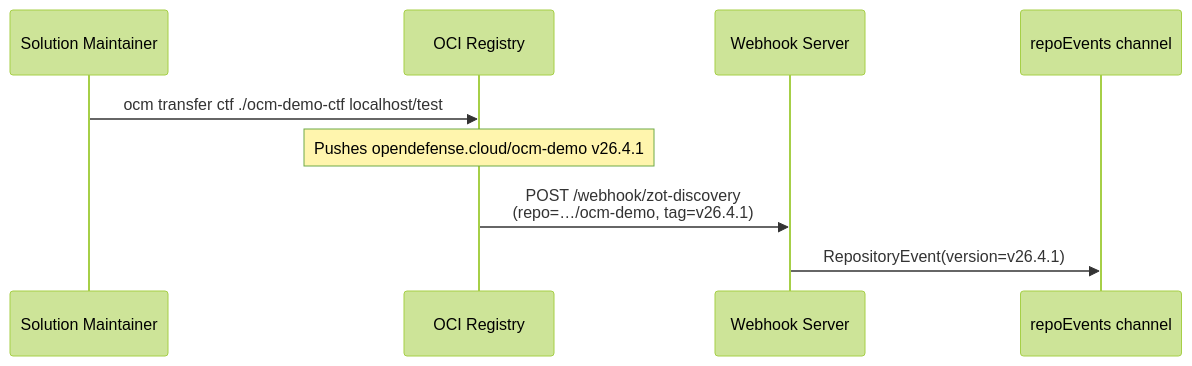
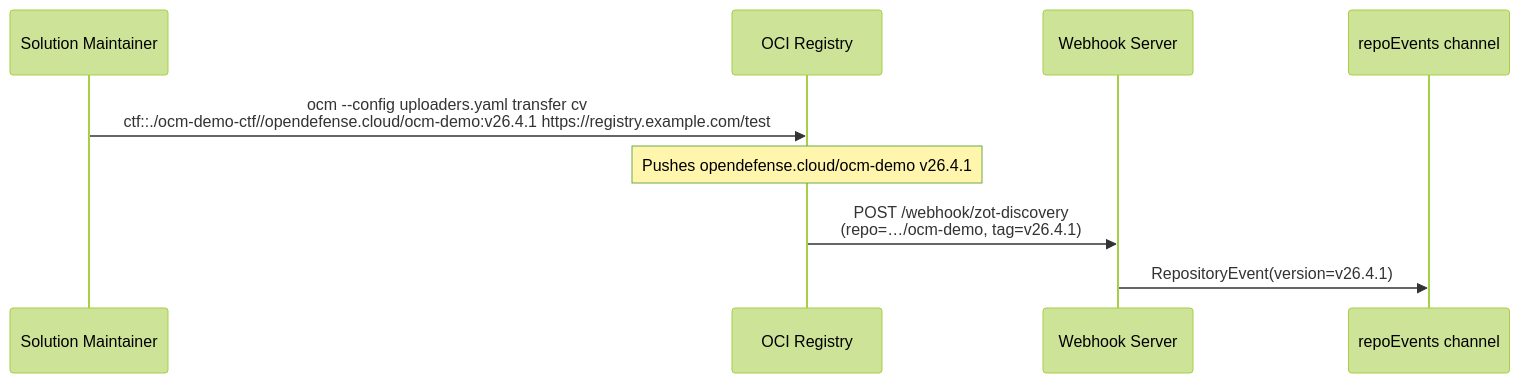
One commit to opendefensecloud/solution-arsenal changed the fourth of 7 diagrams in docs/developer-guide/discovery_pipeline.md. Above: the diagram before and after it, drawn with Mermaid (forest theme). The commit also changed other lines of this file and 5 other files, not shown here.

````diff
--- a/docs/developer-guide/discovery_pipeline.md
+++ b/docs/developer-guide/discovery_pipeline.md
@@ -133,12 +142,12 @@
 ```mermaid
 sequenceDiagram
     participant Dev as Solution Maintainer
     participant Reg as OCI Registry
     participant Webhook as Webhook Server
     participant Chan as repoEvents channel
 
-    Dev->>Reg: ocm transfer ctf ./ocm-demo-ctf localhost/test
+    Dev->>Reg: ocm --config uploaders.yaml transfer cv<br/>ctf::./ocm-demo-ctf//opendefense.cloud/ocm-demo:v26.4.1 https://registry.example.com/test
     Note over Reg: Pushes opendefense.cloud/ocm-demo v26.4.1
     Reg->>Webhook: POST /webhook/zot-discovery<br/>(repo=…/ocm-demo, tag=v26.4.1)
     Webhook->>Chan: RepositoryEvent(version=v26.4.1)
 ```
````
